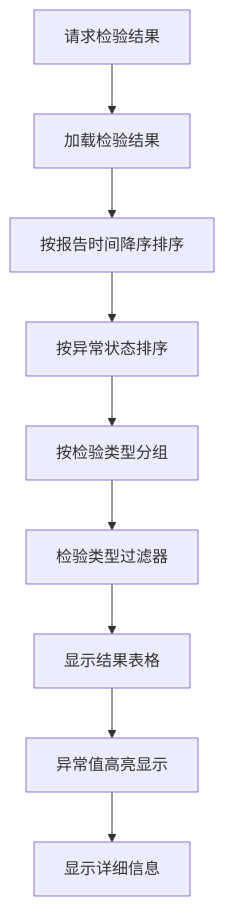
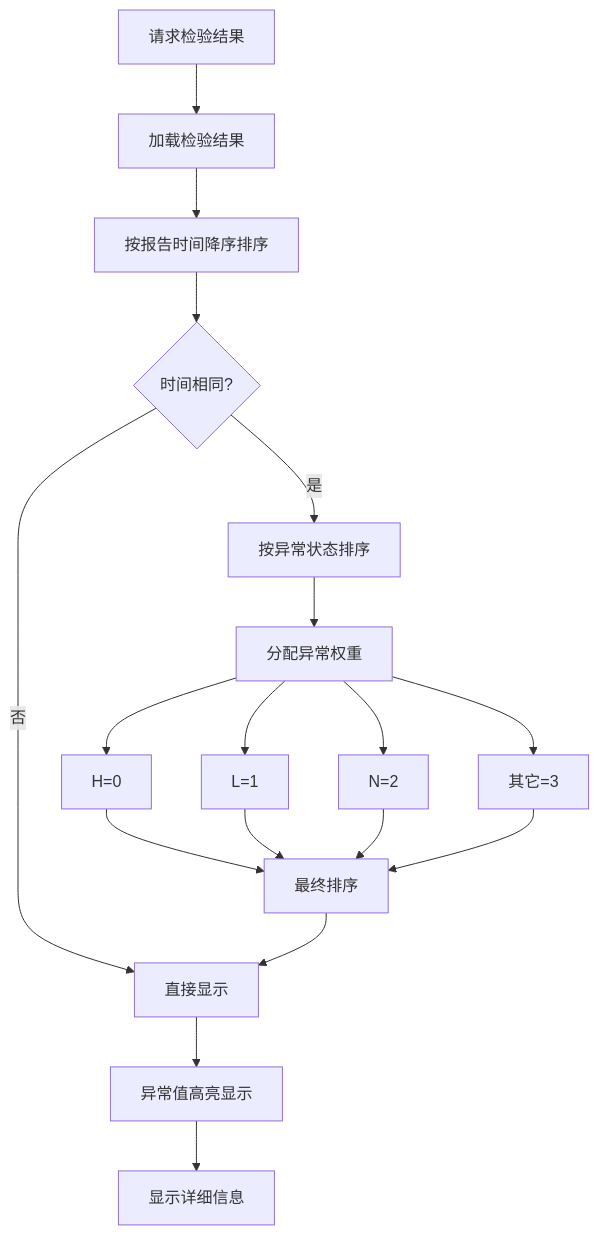
Before and after one commit to liuzh2008/med_ai_assistant_workspace: diagram 16 of 22 in .qoder/repowiki/zh/content/Patient Data Management.md, drawn with Mermaid. The commit also changed other lines of this file and 5 other files, not shown here.

````diff
--- a/.qoder/repowiki/zh/content/Patient Data Management.md
+++ b/.qoder/repowiki/zh/content/Patient Data Management.md
@@ -651,11 +762,20 @@
 ```mermaid
 flowchart TD
 LabRequest[请求检验结果] --> LoadData[加载检验结果]
 LoadData --> SortByTime[按报告时间降序排序]
-SortByTime --> FilterByAbnormal[按异常状态排序]
-FilterByAbnormal --> GroupByType[按检验类型分组]
-GroupByType --> FilterByType[检验类型过滤器]
-FilterByType --> Display[显示结果表格]
+SortByTime --> CheckTime{时间相同?}
+CheckTime --> |是| SortByAbnormal[按异常状态排序]
+CheckTime --> |否| Display[直接显示]
+SortByAbnormal --> AssignWeight[分配异常权重]
+AssignWeight --> WeightH[H=0]
+AssignWeight --> WeightL[L=1]
+AssignWeight --> WeightN[N=2]
+AssignWeight --> WeightOther[其它=3]
+WeightH --> FinalSort[最终排序]
+WeightL --> FinalSort
+WeightN --> FinalSort
+WeightOther --> FinalSort
+FinalSort --> Display
 Display --> HighlightAbnormal[异常值高亮显示]
 HighlightAbnormal --> ShowDetails[显示详细信息]
 ```
````
